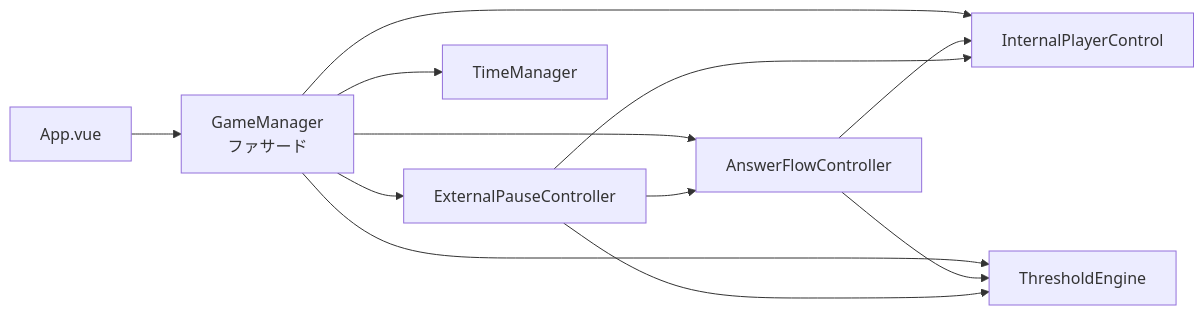
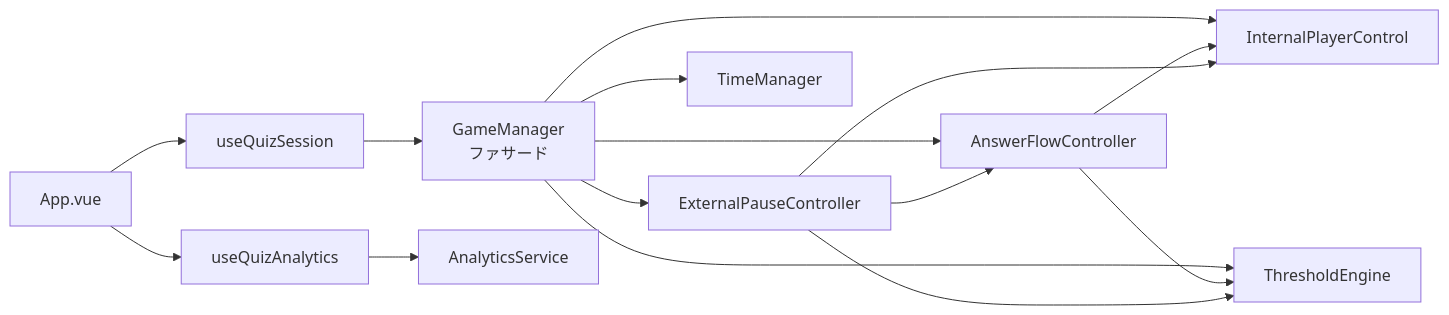
Before and after one commit to t-yokota/youtube-quiz-battle: the eighth of 8 diagrams in docs/design.md, drawn with Mermaid. The commit also changed other lines of this file and 2 other files, not shown here.

````diff
--- a/docs/design.md
+++ b/docs/design.md
@@ -972,14 +972,17 @@
 ```mermaid
 graph LR
-  APP[App.vue] --> GM[GameManager<br/>ファサード]
+  APP[App.vue] --> SESSION[useQuizSession]
+  SESSION --> GM[GameManager<br/>ファサード]
+  APP --> ANALYTICS[useQuizAnalytics]
+  ANALYTICS --> AS[AnalyticsService]
   GM --> IPC[InternalPlayerControl]
   GM --> TE[ThresholdEngine]
   GM --> AFC[AnswerFlowController]
   GM --> EPC[ExternalPauseController]
   GM --> TM[TimeManager]
   AFC --> TE
   AFC --> IPC
   EPC --> TE
   EPC --> AFC
   EPC --> IPC
 ```
````
